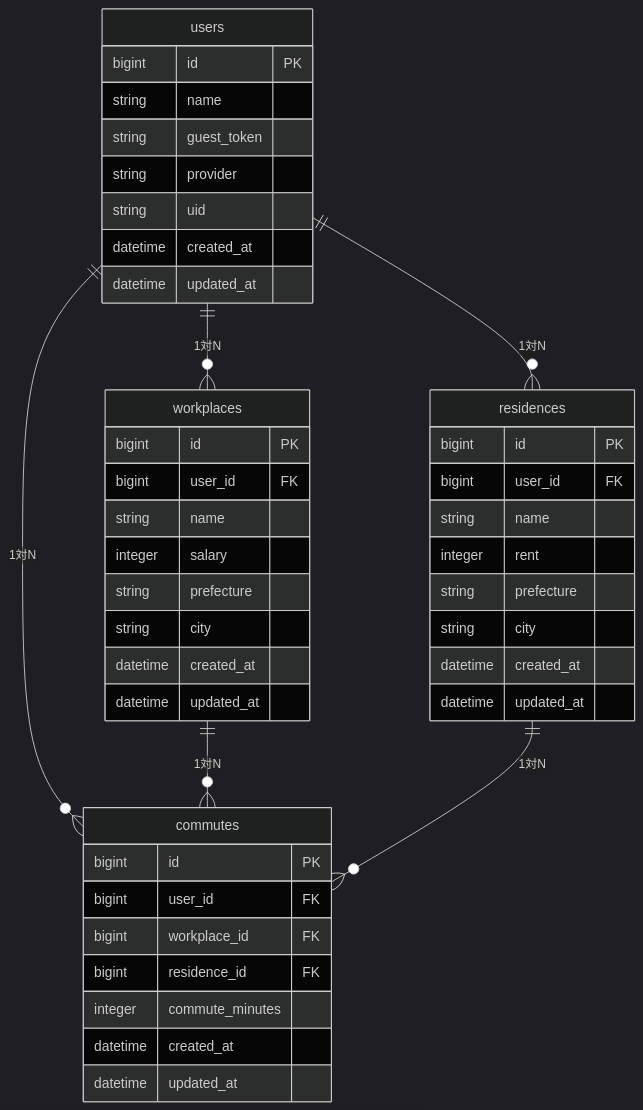
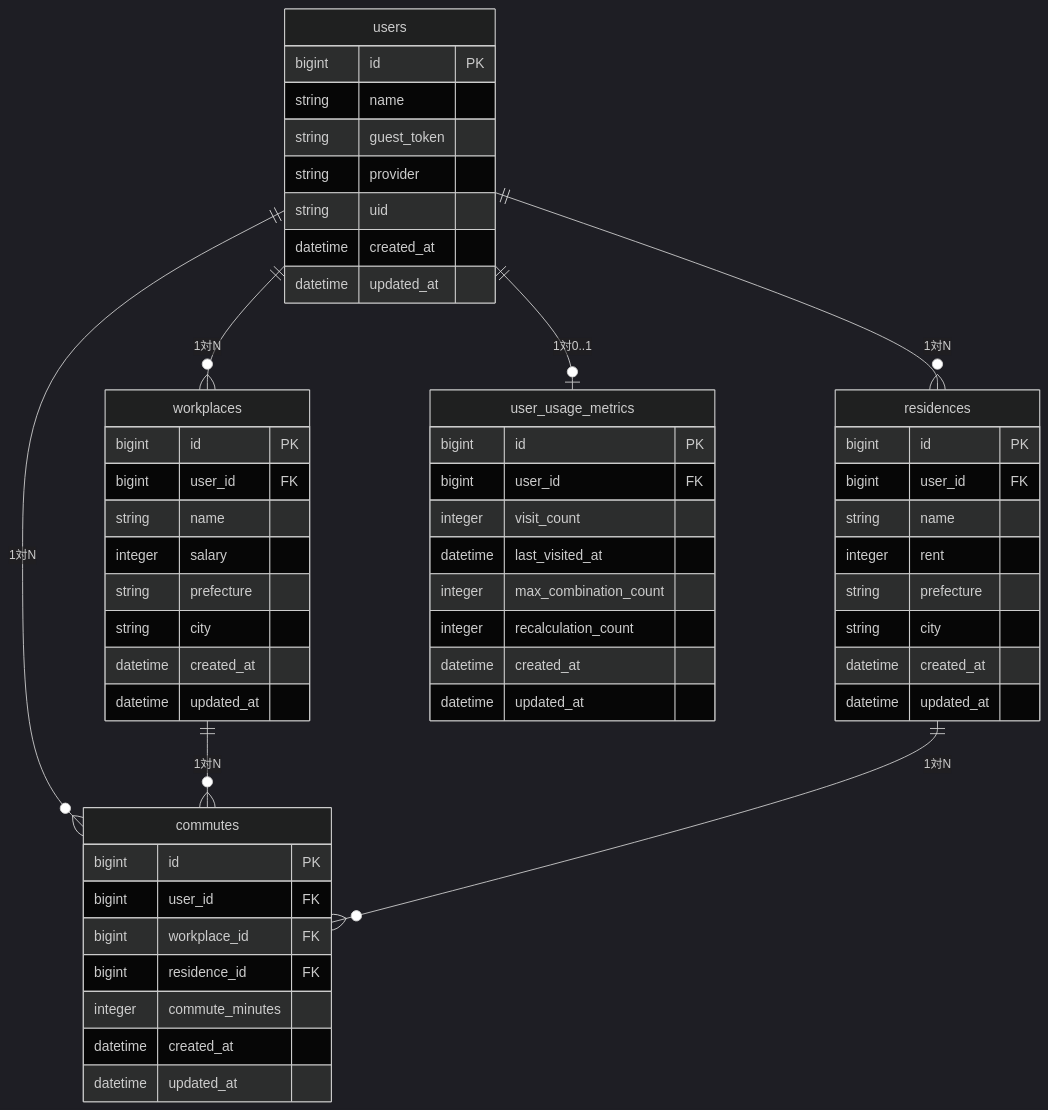
The diagram in docs/ER図.md (snowKuramasa/life-simulator), drawn with Mermaid (dark theme) before and after one commit. The commit also changed 20 other files, not shown here.

````diff
--- a/docs/ER図.md
+++ b/docs/ER図.md
@@ -6,53 +6,65 @@
 ```mermaid
 erDiagram
 
 users {
   bigint id PK
   string name
   string guest_token
   string provider
   string uid
   datetime created_at
   datetime updated_at
 }
 
 workplaces {
   bigint id PK
   bigint user_id FK
   string name
   integer salary
   string prefecture
   string city
   datetime created_at
   datetime updated_at
 }
 
 residences {
   bigint id PK
   bigint user_id FK
   string name
   integer rent
   string prefecture
   string city
   datetime created_at
   datetime updated_at
 }
 
 commutes {
   bigint id PK
   bigint user_id FK
   bigint workplace_id FK
   bigint residence_id FK
   integer commute_minutes
   datetime created_at
   datetime updated_at
 }
 
+user_usage_metrics {
+  bigint id PK
+  bigint user_id FK
+  integer visit_count
+  datetime last_visited_at
+  integer max_combination_count
+  integer recalculation_count
+  datetime created_at
+  datetime updated_at
+}
+
 users ||--o{ workplaces : "1対N"
 users ||--o{ residences : "1対N"
 users ||--o{ commutes : "1対N"
+users ||--o| user_usage_metrics : "1対0..1"
 
 workplaces ||--o{ commutes : "1対N"
 residences ||--o{ commutes : "1対N"
 
 ```
````
